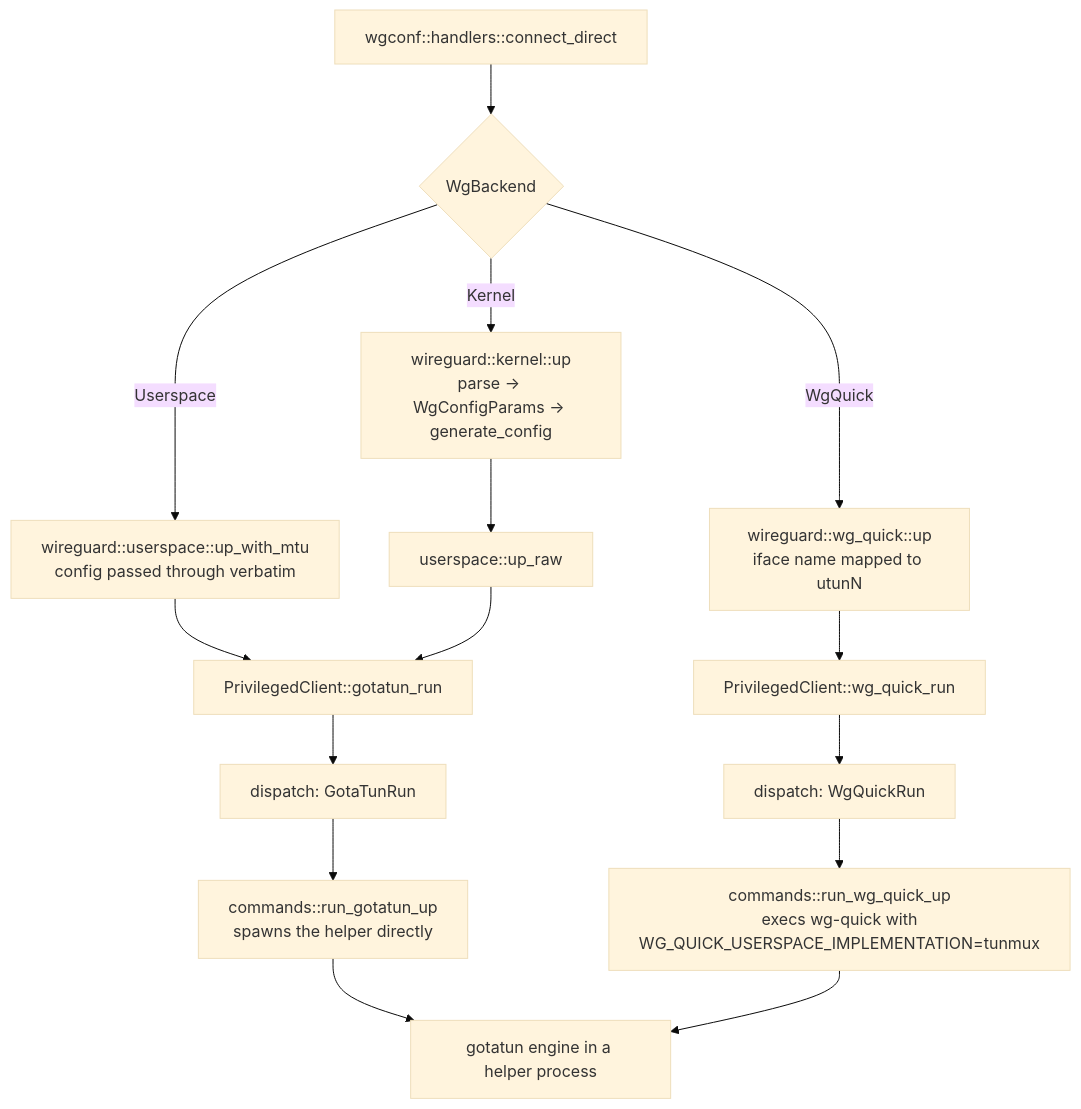
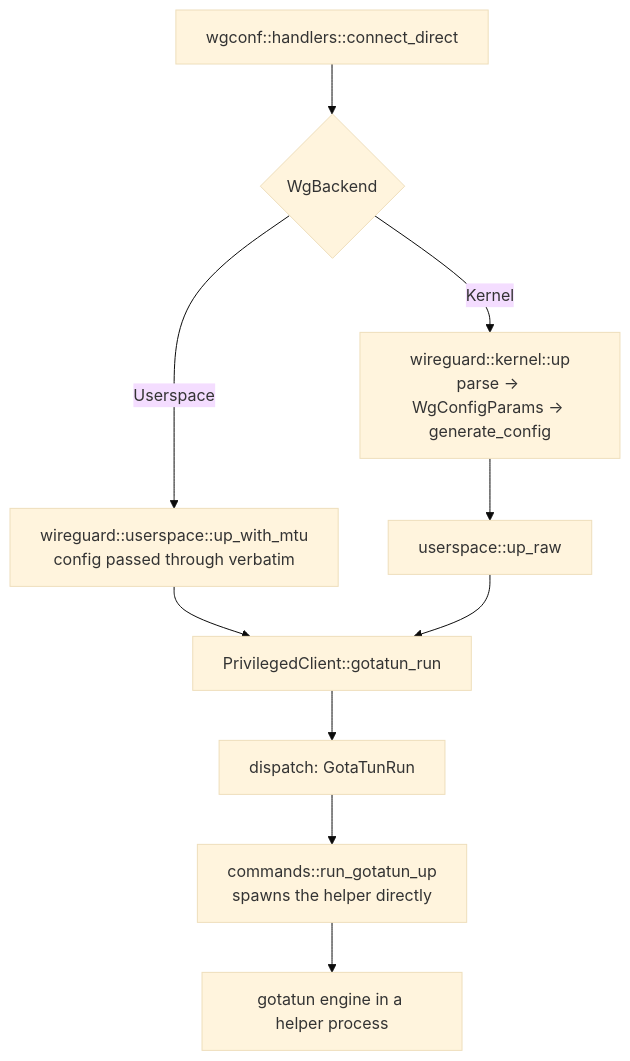
The fifth of 11 diagrams in doc/architecture.md (pansen/macos-wireguard-daemon), drawn with Mermaid (base theme) before and after one commit. The commit also changed other lines of this file and 19 other files, not shown here.

````diff
--- a/doc/architecture.md
+++ b/doc/architecture.md
@@ -270,20 +266,15 @@
 ```mermaid
 flowchart TB
     H["wgconf::handlers::connect_direct"] --> B{"WgBackend"}
 
     B -->|Userspace| U["wireguard::userspace::up_with_mtu<br/>config passed through verbatim"]
     B -->|Kernel| K["wireguard::kernel::up<br/>parse -> WgConfigParams -> generate_config"]
-    B -->|WgQuick| Q["wireguard::wg_quick::up<br/>iface name mapped to utunN"]
 
     K --> U2["userspace::up_raw"]
     U --> GR["PrivilegedClient::gotatun_run"]
     U2 --> GR
-    Q --> WQ["PrivilegedClient::wg_quick_run"]
 
     GR --> D1["dispatch: GotaTunRun"]
-    WQ --> D2["dispatch: WgQuickRun"]
     D1 --> RG["commands::run_gotatun_up<br/>spawns the helper directly"]
-    D2 --> RQ["commands::run_wg_quick_up<br/>execs wg-quick with<br/>WG_QUICK_USERSPACE_IMPLEMENTATION=tunmux"]
     RG --> ENG["gotatun engine in a helper process"]
-    RQ --> ENG
 ```
````
